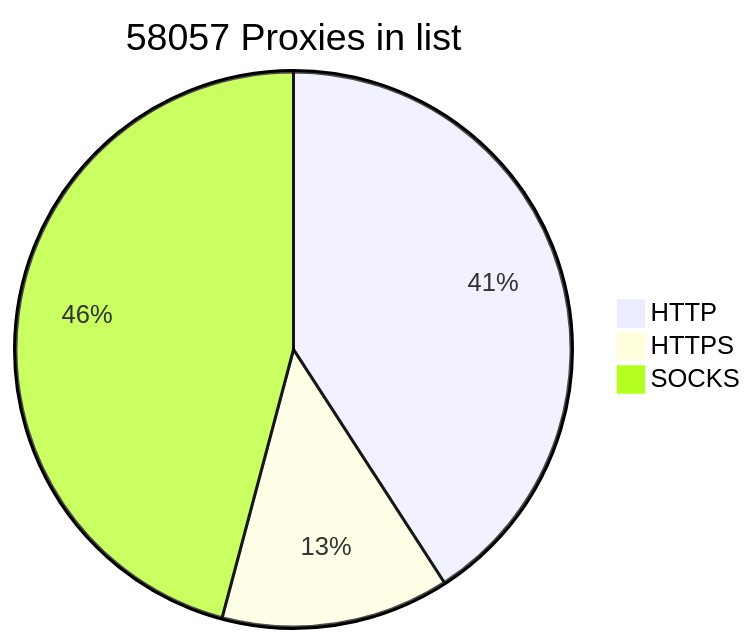
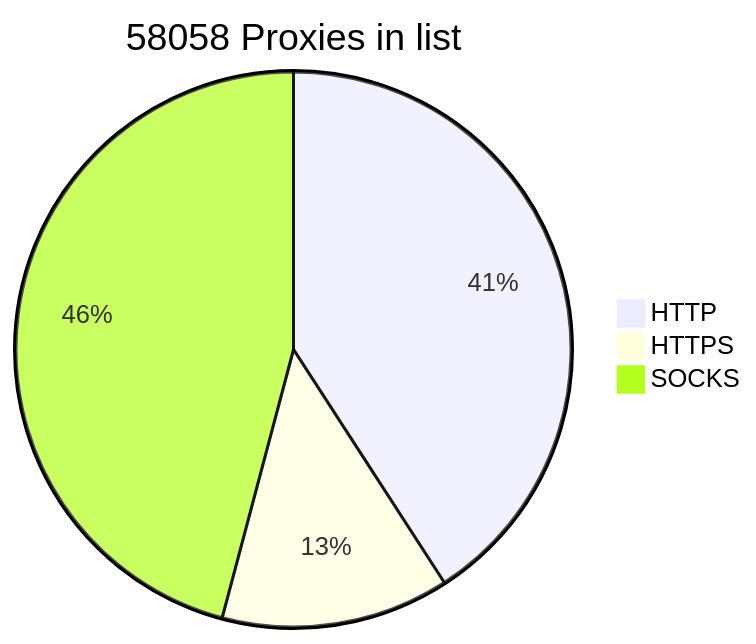
One commit to BlackSnowDot/proxylist-update-every-minute changed the diagram in README.md. Above: the diagram before and after it, drawn with Mermaid.

````diff
--- a/README.md
+++ b/README.md
@@ -2,6 +2,6 @@
 ```mermaid
-pie title 58057 Proxies in list
+pie title 58058 Proxies in list
     "HTTP" : 26711
     "HTTPS": 8682
-    "SOCKS" : 29981
+    "SOCKS" : 29982
 ```
````
